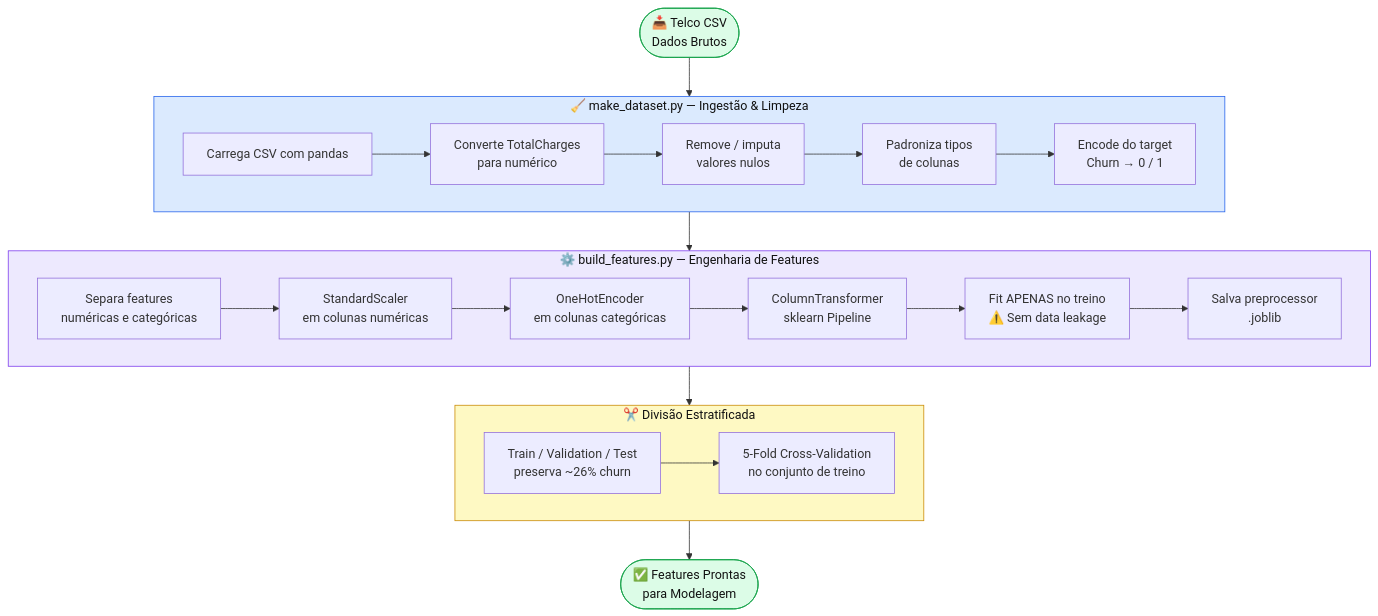
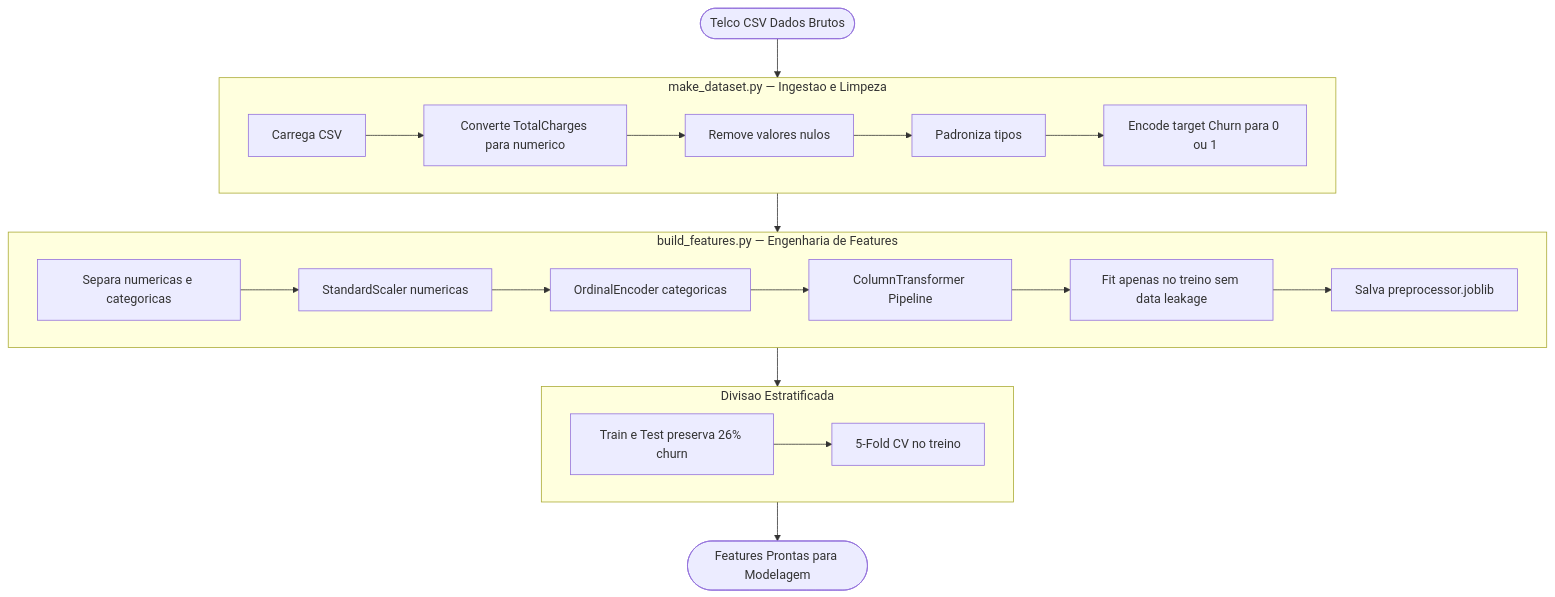
Before and after one commit to Henry3151/Churn_Prediction_Advanced_Models_Optimized: the first of 3 diagrams in README.md, drawn with Mermaid. The commit also changed other lines of this file and 9 other files, not shown here.

````diff
--- a/README.md
+++ b/README.md
@@ -123,35 +102,29 @@
 ```mermaid
 flowchart TD
-    A([📥 Telco CSV\nDados Brutos]) --> B
+    A([Telco CSV Dados Brutos]) --> B
 
-    subgraph B["🧹 make_dataset.py — Ingestão & Limpeza"]
-        B1[Carrega CSV com pandas] --> B2[Converte TotalCharges\npara numérico]
-        B2 --> B3[Remove / imputa\nvalores nulos]
-        B3 --> B4[Padroniza tipos\nde colunas]
-        B4 --> B5[Encode do target\nChurn → 0 / 1]
+    subgraph B["make_dataset.py — Ingestao e Limpeza"]
+        B1[Carrega CSV] --> B2[Converte TotalCharges para numerico]
+        B2 --> B3[Remove valores nulos]
+        B3 --> B4[Padroniza tipos]
+        B4 --> B5[Encode target Churn para 0 ou 1]
     end
 
     B --> C
 
-    subgraph C["⚙️ build_features.py — Engenharia de Features"]
-        C1[Separa features\nnuméricas e categóricas] --> C2[StandardScaler\nem colunas numéricas]
-        C2 --> C3[OneHotEncoder\nem colunas categóricas]
-        C3 --> C4[ColumnTransformer\nsklearn Pipeline]
-        C4 --> C5[Fit APENAS no treino\n⚠️ Sem data leakage]
-        C5 --> C6[Salva preprocessor\n.joblib]
+    subgraph C["build_features.py — Engenharia de Features"]
+        C1[Separa numericas e categoricas] --> C2[StandardScaler numericas]
+        C2 --> C3[OrdinalEncoder categoricas]
+        C3 --> C4[ColumnTransformer Pipeline]
+        C4 --> C5[Fit apenas no treino sem data leakage]
+        C5 --> C6[Salva preprocessor.joblib]
     end
 
     C --> D
 
-    subgraph D["✂️ Divisão Estratificada"]
-        D1[Train / Validation / Test\npreserva ~26% churn] --> D2[5-Fold Cross-Validation\nno conjunto de treino]
+    subgraph D["Divisao Estratificada"]
+        D1[Train e Test preserva 26% churn] --> D2[5-Fold CV no treino]
     end
 
-    D --> E([✅ Features Prontas\npara Modelagem])
-
-    style A fill:#dcfce7,stroke:#16a34a,color:#111111
-    style B fill:#dbeafe,stroke:#2563eb,color:#111111
-    style C fill:#ede9fe,stroke:#7c3aed,color:#111111
-    style D fill:#fef9c3,stroke:#ca8a04,color:#111111
-    style E fill:#dcfce7,stroke:#16a34a,color:#111111
+    D --> E([Features Prontas para Modelagem])
 ```
````
